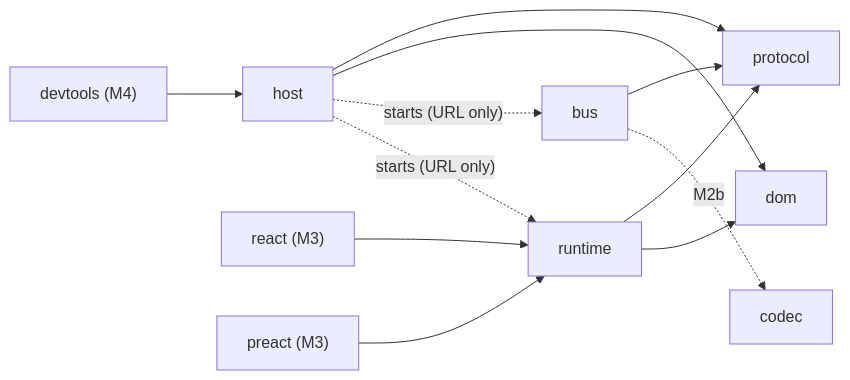
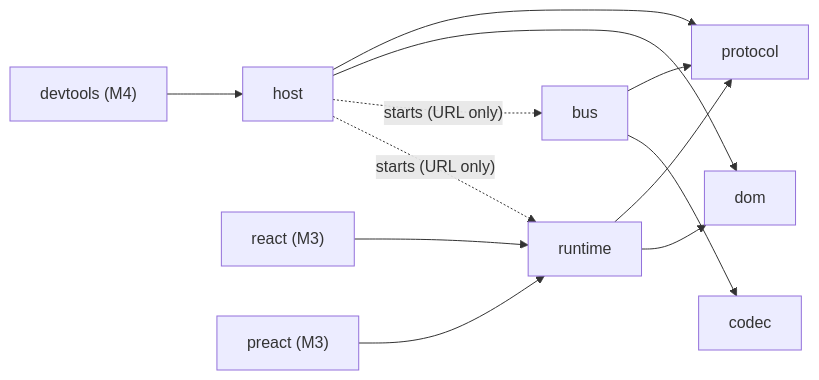
Before and after one commit to isoloop/isoloop: the second of 8 diagrams in docs/design/system-design.md, drawn with Mermaid. The commit also changed other lines of this file and 10 other files, not shown here.

````diff
--- a/docs/design/system-design.md
+++ b/docs/design/system-design.md
@@ -55,16 +55,16 @@
 ```mermaid
 flowchart LR
   protocol
   dom
   bus --> protocol
-  bus -. "M2b" .-> codec
+  bus --> codec
   host --> protocol
   host --> dom
   runtime --> protocol
   runtime --> dom
   react["react (M3)"] --> runtime
   preact["preact (M3)"] --> runtime
   devtools["devtools (M4)"] --> host
   host -. "starts (URL only)" .-> bus
   host -. "starts (URL only)" .-> runtime
 ```
````
